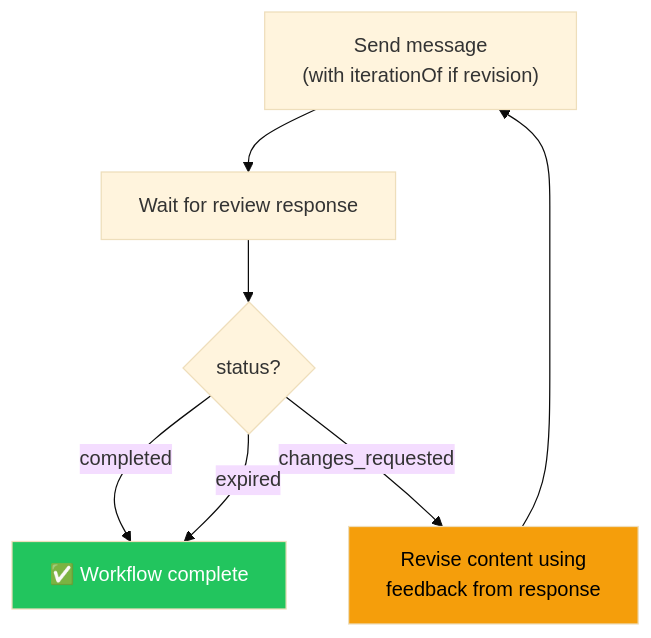
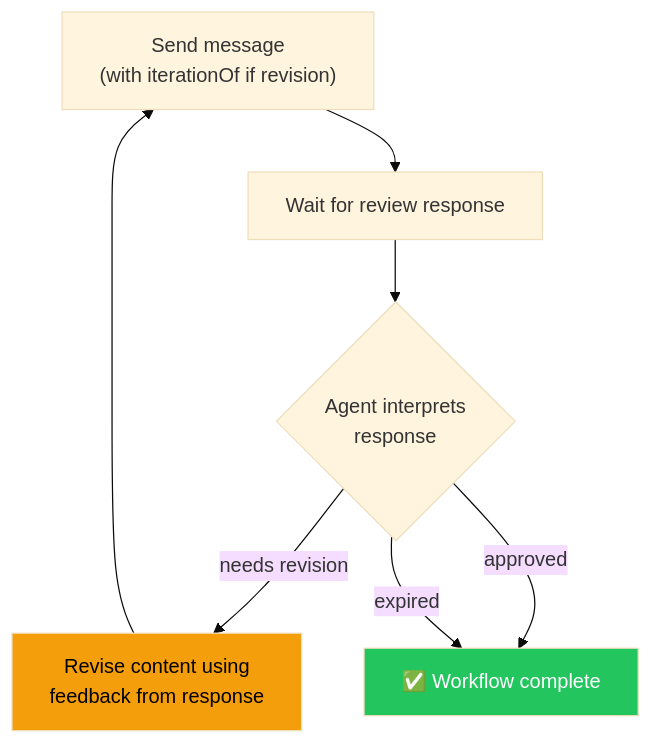
The third of 4 diagrams in docs/concepts/iterations.mdx (placet-io/placet), drawn with Mermaid (base theme) before and after one commit. The commit also changed other lines of this file and 20 other files, not shown here.

Commit message:
refactor: remove 'changes_requested' status and update review response handling (#12)

````diff
--- a/docs/concepts/iterations.mdx
+++ b/docs/concepts/iterations.mdx
@@ -167,17 +168,17 @@
 ```mermaid
 flowchart TD
     Send["Send message<br/>(with iterationOf if revision)"]
     Wait["Wait for review response"]
-    Check{status?}
+    Check{"Agent interprets<br/>response"}
     Revise["Revise content using<br/>feedback from response"]
     Done["✅ Workflow complete"]
 
     Send --> Wait --> Check
-    Check -->|completed| Done
-    Check -->|changes_requested| Revise
+    Check -->|needs revision| Revise
+    Check -->|approved| Done
     Revise --> Send
     Check -->|expired| Done
 
     style Done fill:#22c55e,color:#fff
     style Revise fill:#f59e0b,color:#000
 ```
````
